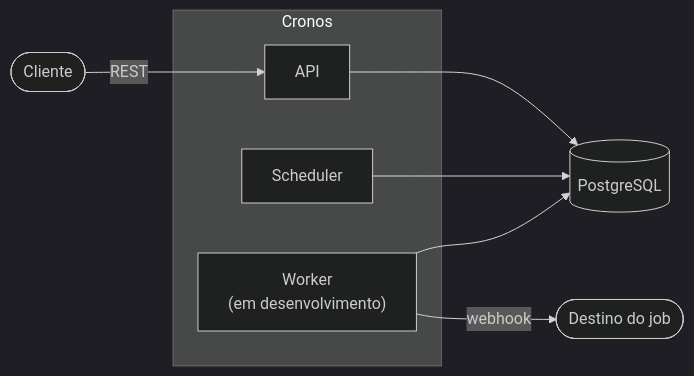
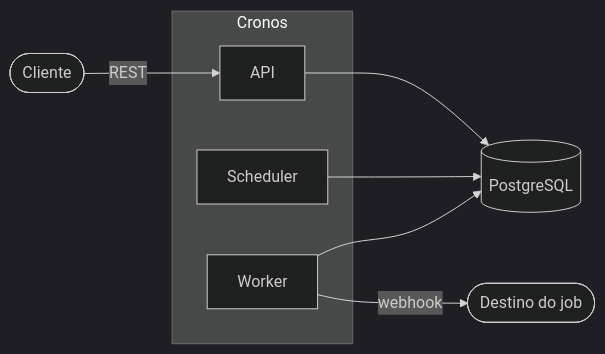
One commit to juliofilizzola/cronos changed the first of 2 diagrams in README.md. Above: the diagram before and after it, drawn with Mermaid (dark theme). The commit also changed other lines of this file, not shown here.

First line of the commit message:
docs: update README with worker details and enhancements

````diff
--- a/README.md
+++ b/README.md
@@ -41,13 +42,13 @@
 ```mermaid
 flowchart LR
     Client([Cliente]) -->|REST| API
     subgraph Cronos
         API[API]
         Scheduler[Scheduler]
-        Worker["Worker<br/>(em desenvolvimento)"]
+        Worker[Worker]
     end
     API --> DB[(PostgreSQL)]
     Scheduler --> DB
     Worker --> DB
     Worker -->|webhook| Target([Destino do job])
 ```
````
